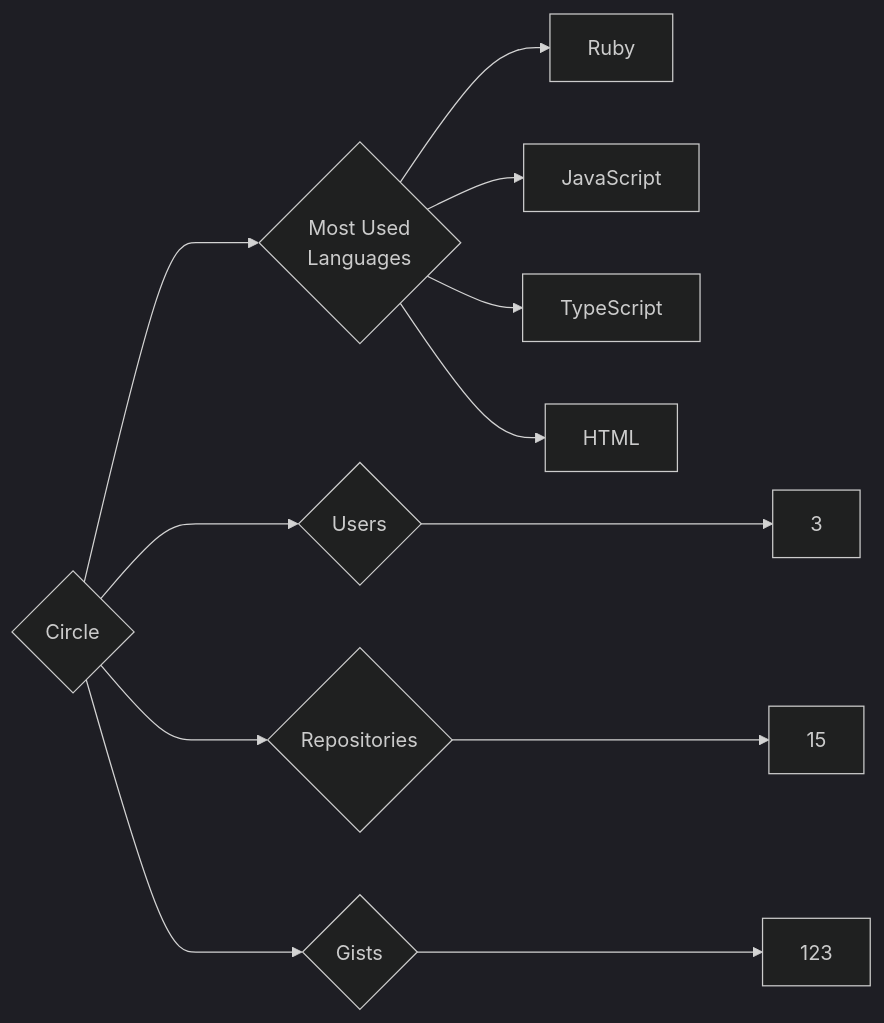
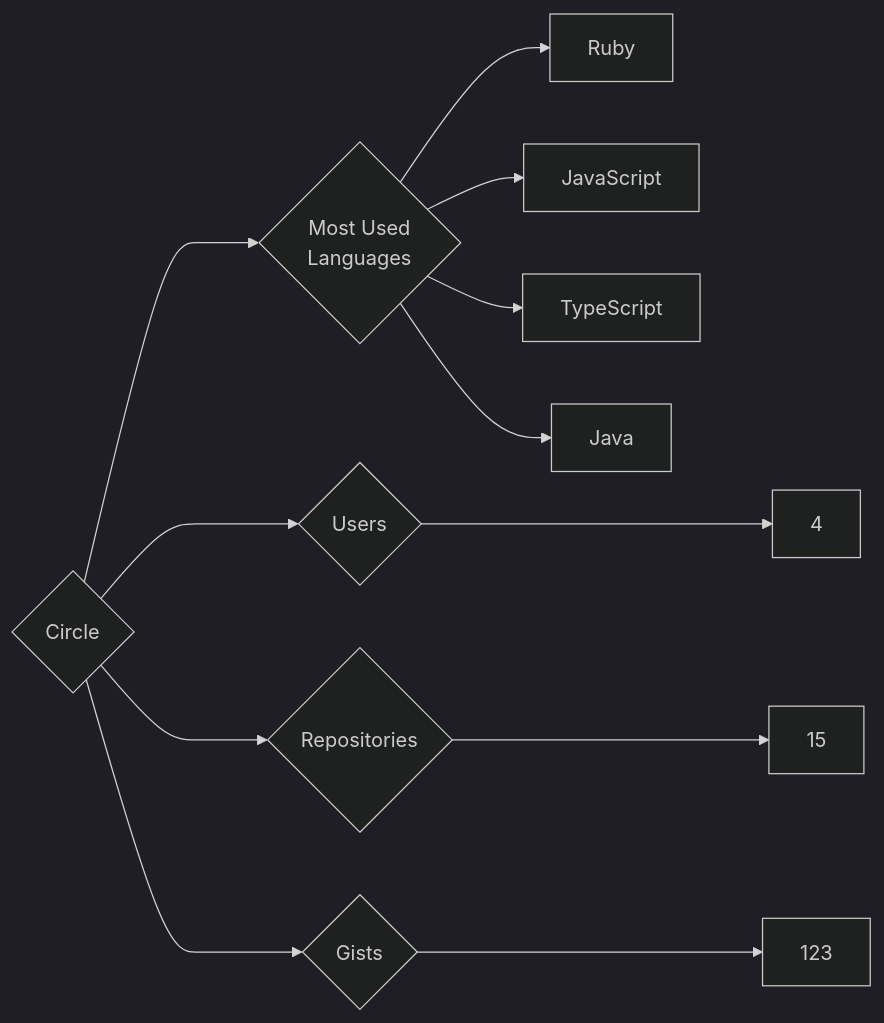
One commit to trickest/insiders changed the diagram in targets/Circle/README.md. Above: the diagram before and after it, drawn with Mermaid (dark theme). The commit also changed 934 other files, not shown here.

````diff
--- a/targets/Circle/README.md
+++ b/targets/Circle/README.md
@@ -3,12 +3,12 @@
 ```mermaid
 graph LR
 COMPANY_NAME{Circle}
-COMPANY_NAME ---> U{Users} ---> UN[3]
+COMPANY_NAME ---> U{Users} ---> UN[4]
 COMPANY_NAME ---> R{Repositories} ---> RN[15]
 COMPANY_NAME ---> G{Gists} ---> GN[123]
 COMPANY_NAME ---> ML{Most Used<br>Languages}
 ML --> Ruby[Ruby]
 ML --> JavaScript[JavaScript]
 ML --> TypeScript[TypeScript]
-ML --> HTML[HTML]
+ML --> Java[Java]
 ```
````
